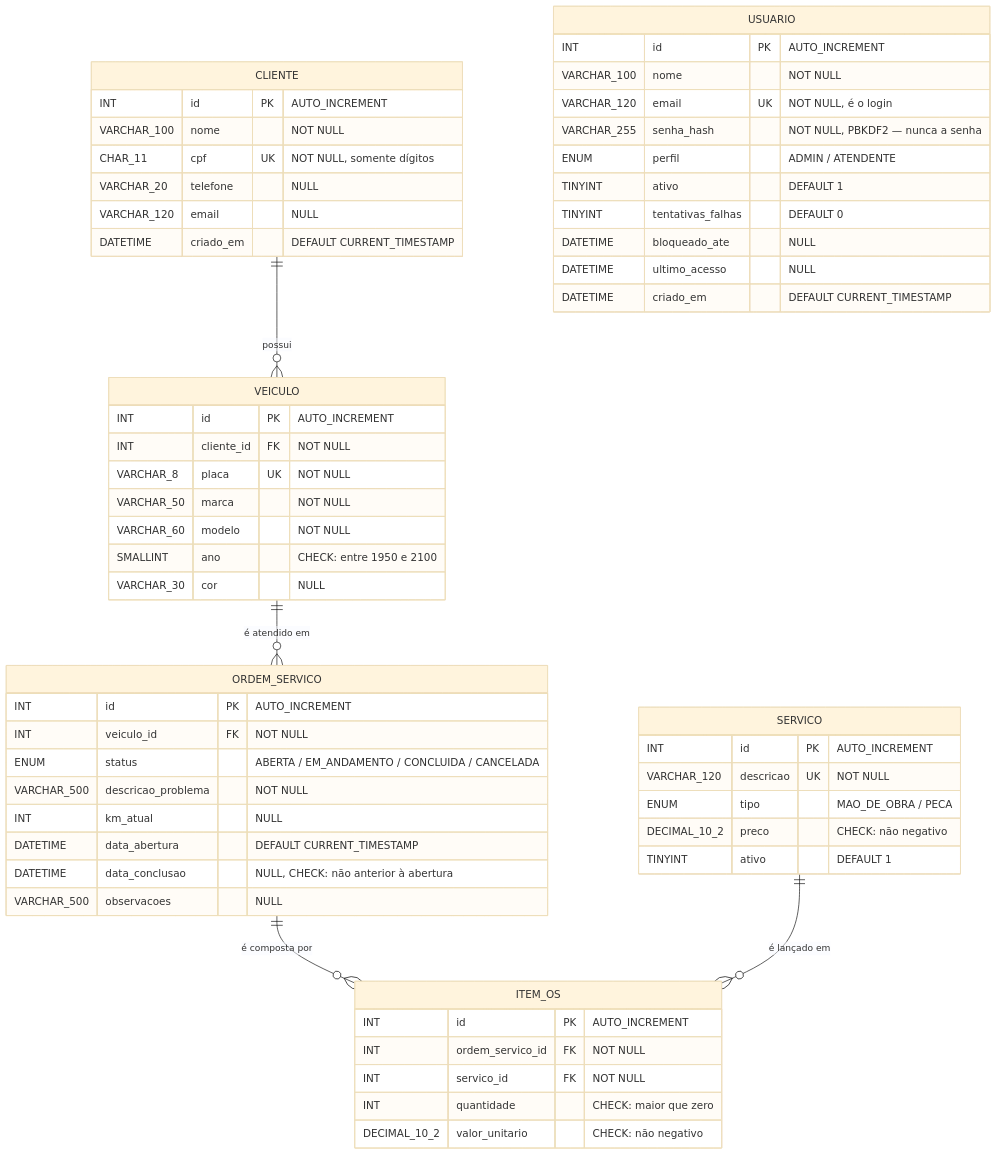
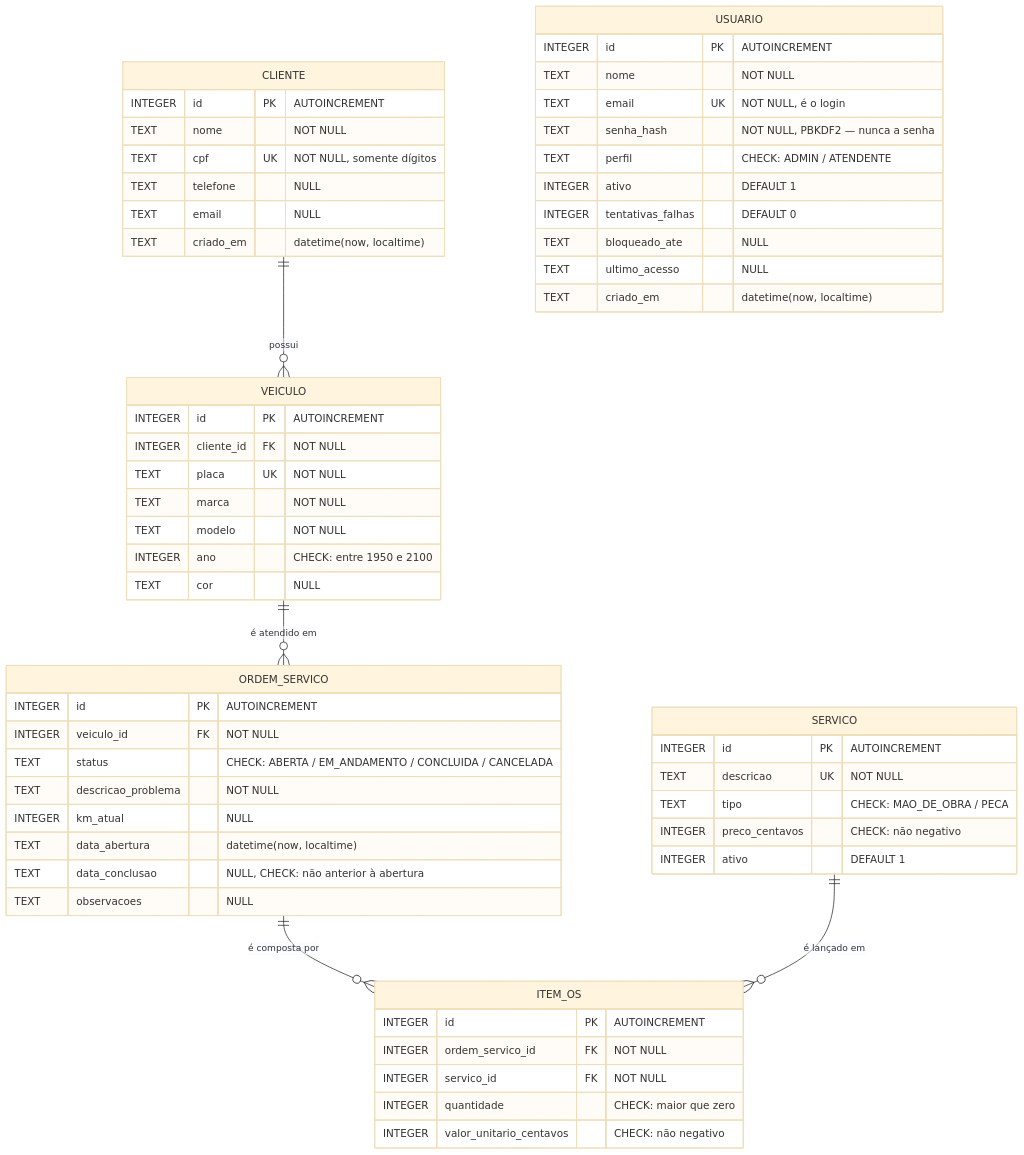
The diagram in docs/DER.md (Lindolfoo/OficinaMecanica), drawn with Mermaid (base theme) before and after one commit. The commit also changed other lines of this file and 4 other files, not shown here.

````diff
--- a/docs/DER.md
+++ b/docs/DER.md
@@ -10,66 +10,66 @@
 ```mermaid
 erDiagram
     CLIENTE ||--o{ VEICULO : "possui"
     VEICULO ||--o{ ORDEM_SERVICO : "é atendido em"
     ORDEM_SERVICO ||--o{ ITEM_OS : "é composta por"
     SERVICO ||--o{ ITEM_OS : "é lançado em"
 
     CLIENTE {
-        INT id PK "AUTO_INCREMENT"
-        VARCHAR_100 nome "NOT NULL"
-        CHAR_11 cpf UK "NOT NULL, somente dígitos"
-        VARCHAR_20 telefone "NULL"
-        VARCHAR_120 email "NULL"
-        DATETIME criado_em "DEFAULT CURRENT_TIMESTAMP"
+        INTEGER id PK "AUTOINCREMENT"
+        TEXT nome "NOT NULL"
+        TEXT cpf UK "NOT NULL, somente dígitos"
+        TEXT telefone "NULL"
+        TEXT email "NULL"
+        TEXT criado_em "datetime(now, localtime)"
     }
 
     VEICULO {
-        INT id PK "AUTO_INCREMENT"
-        INT cliente_id FK "NOT NULL"
-        VARCHAR_8 placa UK "NOT NULL"
-        VARCHAR_50 marca "NOT NULL"
-        VARCHAR_60 modelo "NOT NULL"
-        SMALLINT ano "CHECK: entre 1950 e 2100"
-        VARCHAR_30 cor "NULL"
+        INTEGER id PK "AUTOINCREMENT"
+        INTEGER cliente_id FK "NOT NULL"
+        TEXT placa UK "NOT NULL"
+        TEXT marca "NOT NULL"
+        TEXT modelo "NOT NULL"
+        INTEGER ano "CHECK: entre 1950 e 2100"
+        TEXT cor "NULL"
     }
 
     SERVICO {
-        INT id PK "AUTO_INCREMENT"
-        VARCHAR_120 descricao UK "NOT NULL"
-        ENUM tipo "MAO_DE_OBRA / PECA"
-        DECIMAL_10_2 preco "CHECK: não negativo"
-        TINYINT ativo "DEFAULT 1"
+        INTEGER id PK "AUTOINCREMENT"
+        TEXT descricao UK "NOT NULL"
+        TEXT tipo "CHECK: MAO_DE_OBRA / PECA"
+        INTEGER preco_centavos "CHECK: não negativo"
+        INTEGER ativo "DEFAULT 1"
     }
 
     ORDEM_SERVICO {
-        INT id PK "AUTO_INCREMENT"
-        INT veiculo_id FK "NOT NULL"
-        ENUM status "ABERTA / EM_ANDAMENTO / CONCLUIDA / CANCELADA"
-        VARCHAR_500 descricao_problema "NOT NULL"
-        INT km_atual "NULL"
-        DATETIME data_abertura "DEFAULT CURRENT_TIMESTAMP"
-        DATETIME data_conclusao "NULL, CHECK: não anterior à abertura"
-        VARCHAR_500 observacoes "NULL"
+        INTEGER id PK "AUTOINCREMENT"
+        INTEGER veiculo_id FK "NOT NULL"
+        TEXT status "CHECK: ABERTA / EM_ANDAMENTO / CONCLUIDA / CANCELADA"
+        TEXT descricao_problema "NOT NULL"
+        INTEGER km_atual "NULL"
+        TEXT data_abertura "datetime(now, localtime)"
+        TEXT data_conclusao "NULL, CHECK: não anterior à abertura"
+        TEXT observacoes "NULL"
     }
 
     ITEM_OS {
-        INT id PK "AUTO_INCREMENT"
-        INT ordem_servico_id FK "NOT NULL"
-        INT servico_id FK "NOT NULL"
-        INT quantidade "CHECK: maior que zero"
-        DECIMAL_10_2 valor_unitario "CHECK: não negativo"
+        INTEGER id PK "AUTOINCREMENT"
+        INTEGER ordem_servico_id FK "NOT NULL"
+        INTEGER servico_id FK "NOT NULL"
+        INTEGER quantidade "CHECK: maior que zero"
+        INTEGER valor_unitario_centavos "CHECK: não negativo"
     }
 
     USUARIO {
-        INT id PK "AUTO_INCREMENT"
-        VARCHAR_100 nome "NOT NULL"
-        VARCHAR_120 email UK "NOT NULL, é o login"
-        VARCHAR_255 senha_hash "NOT NULL, PBKDF2 — nunca a senha"
-        ENUM perfil "ADMIN / ATENDENTE"
-        TINYINT ativo "DEFAULT 1"
-        TINYINT tentativas_falhas "DEFAULT 0"
-        DATETIME bloqueado_ate "NULL"
-        DATETIME ultimo_acesso "NULL"
-        DATETIME criado_em "DEFAULT CURRENT_TIMESTAMP"
+        INTEGER id PK "AUTOINCREMENT"
+        TEXT nome "NOT NULL"
+        TEXT email UK "NOT NULL, é o login"
+        TEXT senha_hash "NOT NULL, PBKDF2 — nunca a senha"
+        TEXT perfil "CHECK: ADMIN / ATENDENTE"
+        INTEGER ativo "DEFAULT 1"
+        INTEGER tentativas_falhas "DEFAULT 0"
+        TEXT bloqueado_ate "NULL"
+        TEXT ultimo_acesso "NULL"
+        TEXT criado_em "datetime(now, localtime)"
     }
 ```
````
